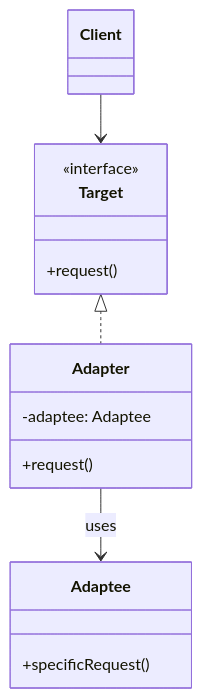
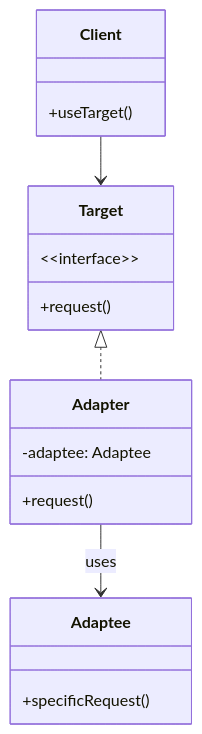
Before and after one commit to AmatsuZero/LastStand: the first of 3 diagrams in content/posts/interview/ios-design/patterns/适配器模式/index.md, drawn with Mermaid. The commit also changed other lines of this file and 10 other files, not shown here.

First line of the commit message:
fix: 修复设计模式系列 mermaid classDiagram 尖括号渲染失败

````diff
--- a/content/posts/interview/ios-design/patterns/适配器模式/index.md
+++ b/content/posts/interview/ios-design/patterns/适配器模式/index.md
@@ -97,20 +97,24 @@
 ```mermaid
 classDiagram
     class Target {
-        <<interface>>
+        &lt;&lt;interface&gt;&gt;
         +request()
     }
     
     class Adaptee {
         +specificRequest()
     }
     
     class Adapter {
         -adaptee: Adaptee
         +request()
     }
-    
+
+    class Client {
+        +useTarget()
+    }
+
     Client --> Target
     Target <|.. Adapter
     Adapter --> Adaptee : uses
 ```
````
